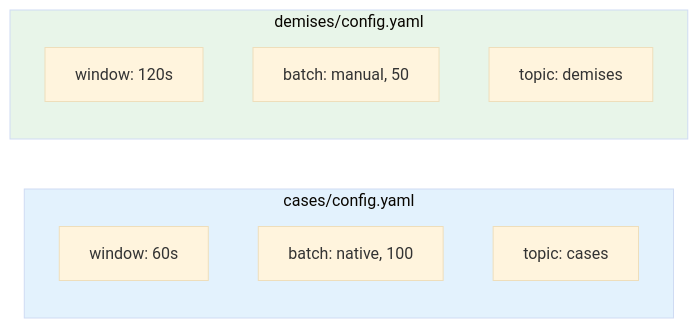
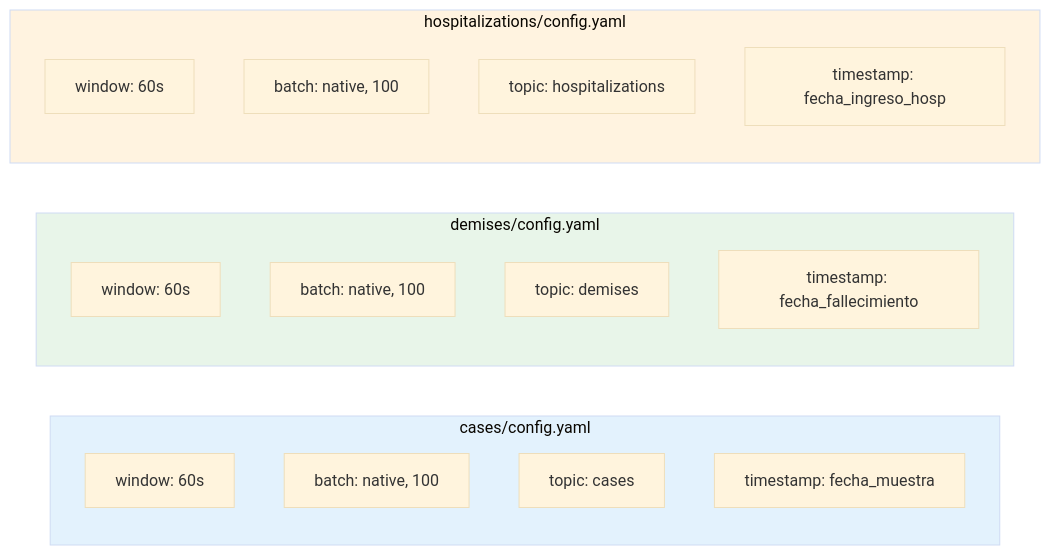
Before and after one commit to arthur8davis/tfm-dataflow-architecture: the sixth of 9 diagrams in README_NEW.md, drawn with Mermaid (base theme). The commit also changed other lines of this file and 9 other files, not shown here.

````diff
--- a/README_NEW.md
+++ b/README_NEW.md
@@ -304,17 +314,27 @@
 ```mermaid
 flowchart LR
     subgraph CasesConfig["cases/config.yaml"]
         C1["window: 60s"]
         C2["batch: native, 100"]
         C3["topic: cases"]
+        C4["timestamp: fecha_muestra"]
     end
 
     subgraph DemisesConfig["demises/config.yaml"]
-        D1["window: 120s"]
-        D2["batch: manual, 50"]
+        D1["window: 60s"]
+        D2["batch: native, 100"]
         D3["topic: demises"]
+        D4["timestamp: fecha_fallecimiento"]
+    end
+
+    subgraph HospConfig["hospitalizations/config.yaml"]
+        H1["window: 60s"]
+        H2["batch: native, 100"]
+        H3["topic: hospitalizations"]
+        H4["timestamp: fecha_ingreso_hosp"]
     end
 
     style CasesConfig fill:#e3f2fd
     style DemisesConfig fill:#e8f5e9
+    style HospConfig fill:#fff3e0
 ```
````
